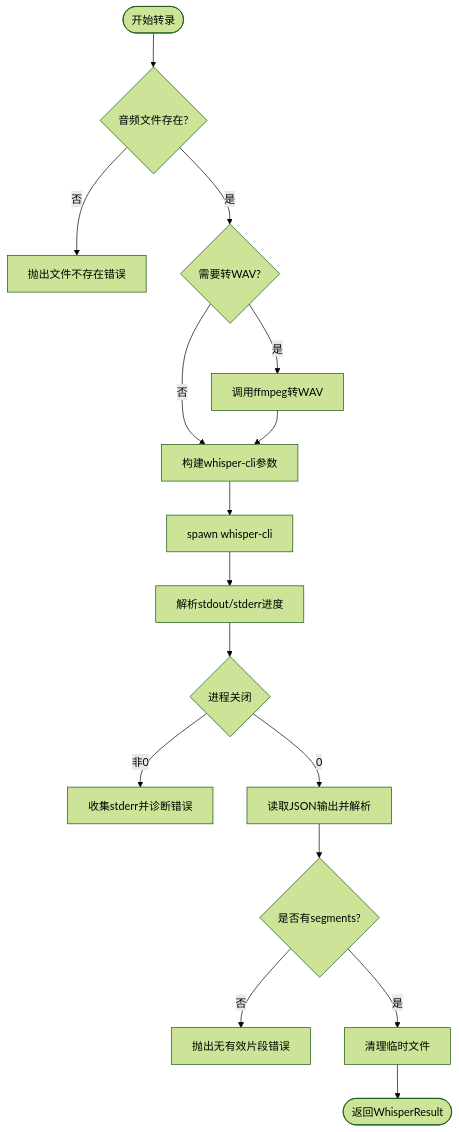
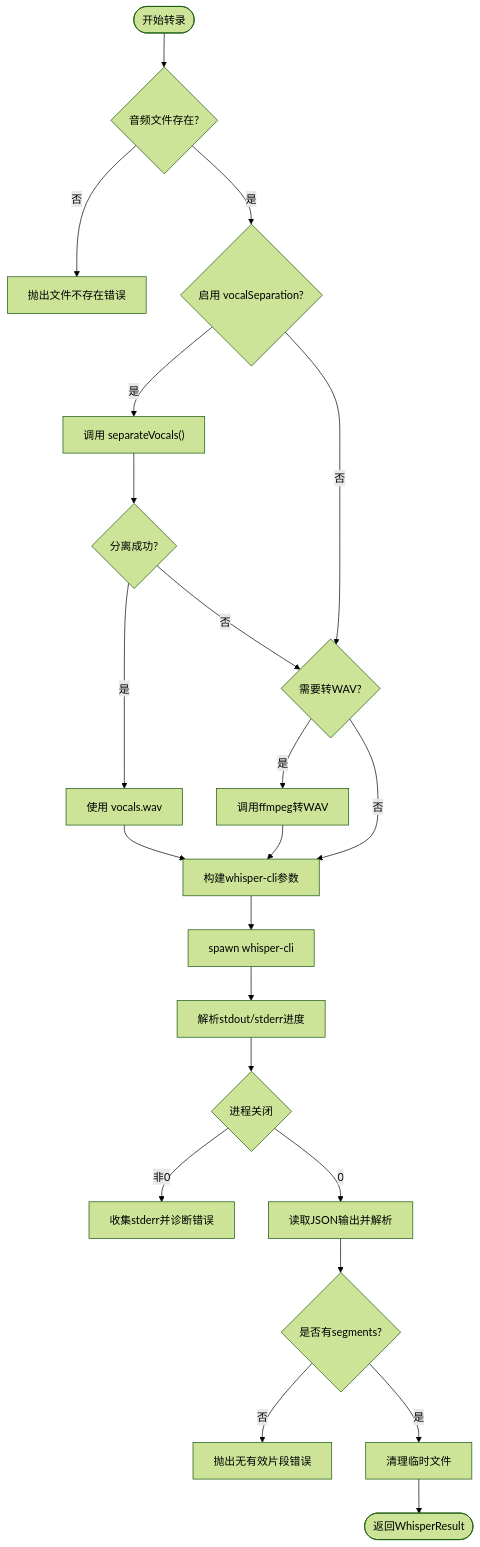
The third of 6 diagrams in .qoder/repowiki/zh/content/模组系统/内置模组详解/Whisper歌词对齐工具.md (nonemarks/folia_player), drawn with Mermaid (forest theme) before and after one commit. The commit also changed other lines of this file and 4 other files, not shown here.

````diff
--- a/.qoder/repowiki/zh/content/模组系统/内置模组详解/Whisper歌词对齐工具.md
+++ b/.qoder/repowiki/zh/content/模组系统/内置模组详解/Whisper歌词对齐工具.md
@@ -165,18 +210,24 @@
 ```mermaid
 flowchart TD
 Start(["开始转录"]) --> CheckFile{"音频文件存在?"}
 CheckFile --> |否| ErrFile["抛出文件不存在错误"]
-CheckFile --> |是| Convert{"需要转WAV?"}
+CheckFile --> |是| VocalSep{"启用 vocalSeparation?"}
+VocalSep --> |是| Separate["调用 separateVocals()"]
+VocalSep --> |否| Convert{"需要转WAV?"}
+Separate --> SepSuccess{"分离成功?"}
+SepSuccess --> |是| UseVocals["使用 vocals.wav"]
+SepSuccess --> |否| Convert
 Convert --> |是| ToWav["调用ffmpeg转WAV"]
 Convert --> |否| BuildArgs["构建whisper-cli参数"]
+UseVocals --> BuildArgs
 ToWav --> BuildArgs
 BuildArgs --> Spawn["spawn whisper-cli"]
 Spawn --> Progress["解析stdout/stderr进度"]
 Progress --> Close{"进程关闭"}
 Close --> |非0| DiagErr["收集stderr并诊断错误"]
 Close --> |0| Parse["读取JSON输出并解析"]
 Parse --> Segments{"是否有segments?"}
 Segments --> |否| NoSeg["抛出无有效片段错误"]
 Segments --> |是| Clean["清理临时文件"]
 Clean --> Done(["返回WhisperResult"])
 ```
````
